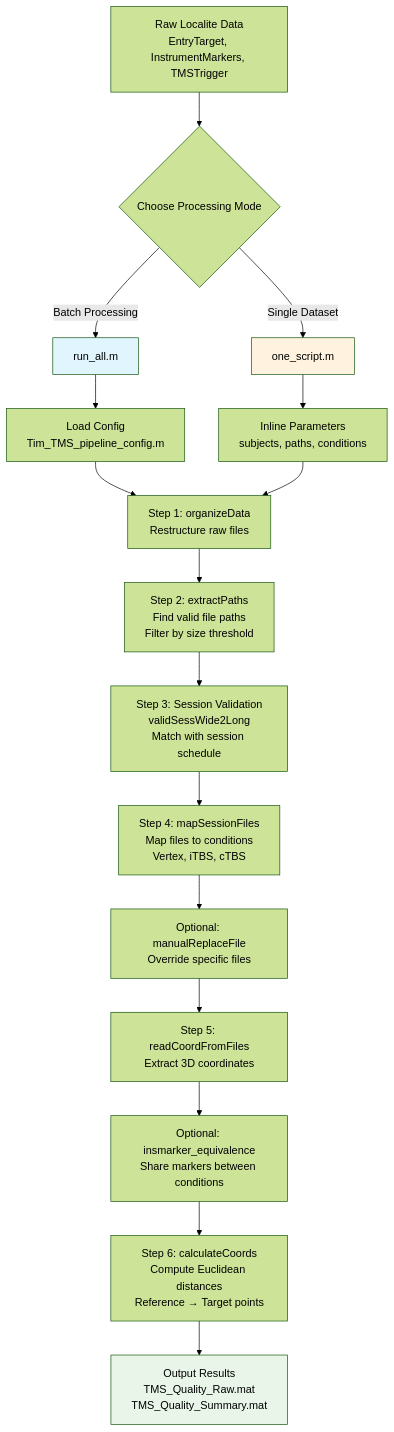
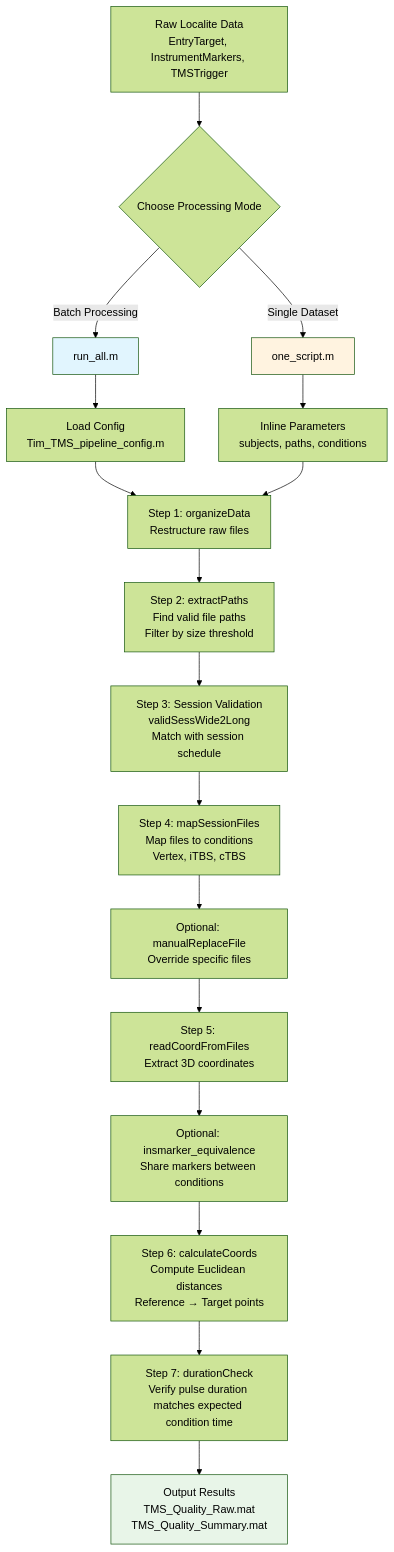
One commit to timothyngtinhang/localiteCoords changed the diagram in README.md. Above: the diagram before and after it, drawn with Mermaid (forest theme). The commit also changed other lines of this file, not shown here.

````diff
--- a/README.md
+++ b/README.md
@@ -75,33 +76,35 @@
 ```mermaid
 flowchart TD
     A[Raw Localite Data<br/>EntryTarget, InstrumentMarkers, TMSTrigger] --> B{Choose Processing Mode}
     
     B -->|Batch Processing| C[run_all.m]
     B -->|Single Dataset| D[one_script.m]
     
     C --> E[Load Config<br/>Tim_TMS_pipeline_config.m]
     D --> F[Inline Parameters<br/>subjects, paths, conditions]
     
     E --> G[Step 1: organizeData<br/>Restructure raw files]
     F --> G
     
     G --> H[Step 2: extractPaths<br/>Find valid file paths<br/>Filter by size threshold]
     
     H --> I[Step 3: Session Validation<br/>validSessWide2Long<br/>Match with session schedule]
     
     I --> J[Step 4: mapSessionFiles<br/>Map files to conditions<br/>Vertex, iTBS, cTBS]
     
     J --> K[Optional: manualReplaceFile<br/>Override specific files]
     
     K --> L[Step 5: readCoordFromFiles<br/>Extract 3D coordinates]
     
     L --> M[Optional: insmarker_equivalence<br/>Share markers between conditions]
     
     M --> N[Step 6: calculateCoords<br/>Compute Euclidean distances<br/>Reference → Target points]
+
+    N --> P[Step 7: durationCheck<br/>Verify pulse duration matches expected condition time]
     
-    N --> O[Output Results<br/>TMS_Quality_Raw.mat<br/>TMS_Quality_Summary.mat]
+    P --> O[Output Results<br/>TMS_Quality_Raw.mat<br/>TMS_Quality_Summary.mat]
     
     style C fill:#e1f5fe
     style D fill:#fff3e0
     style O fill:#e8f5e8
 ```
````
